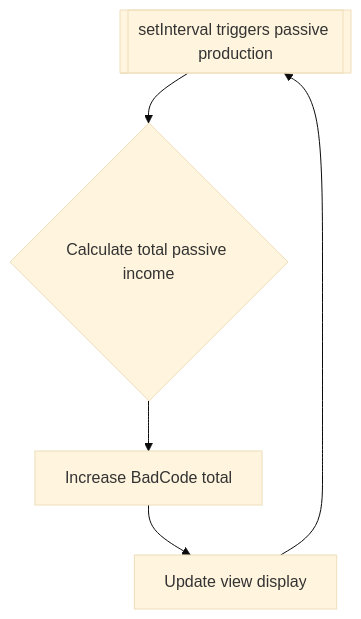
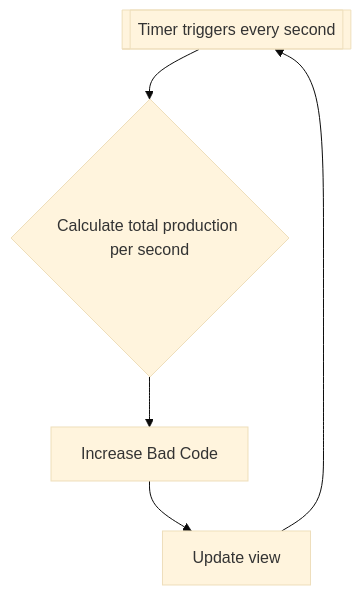
Before and after one commit to MoulikB/2452-project: the sixth of 6 diagrams in flows.md, drawn with Mermaid (base theme). The commit also changed other lines of this file and 2 other files, not shown here.

````diff
--- a/flows.md
+++ b/flows.md
@@ -124,12 +124,12 @@
 ```mermaid
 flowchart TD
-    timer[[setInterval triggers passive production]]
-    calculate{Calculate total passive income}
-    update[Increase BadCode total]
-    notify[Update view display]
+    timer[[Timer triggers every second]]
+    calculate{Calculate total production per second}
+    update[Increase Bad Code]
+    notify[Update view]
 
     timer --> calculate
     calculate --> update
     update --> notify
     notify --> timer
 ```
````
